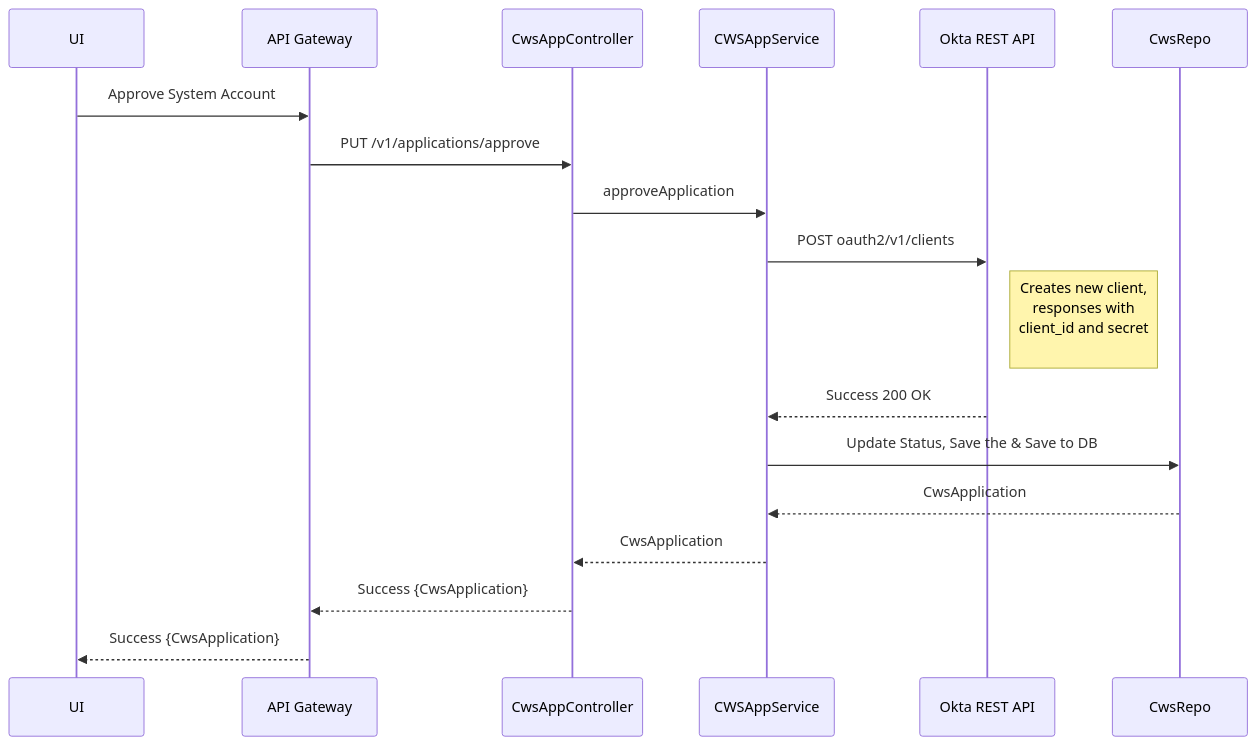
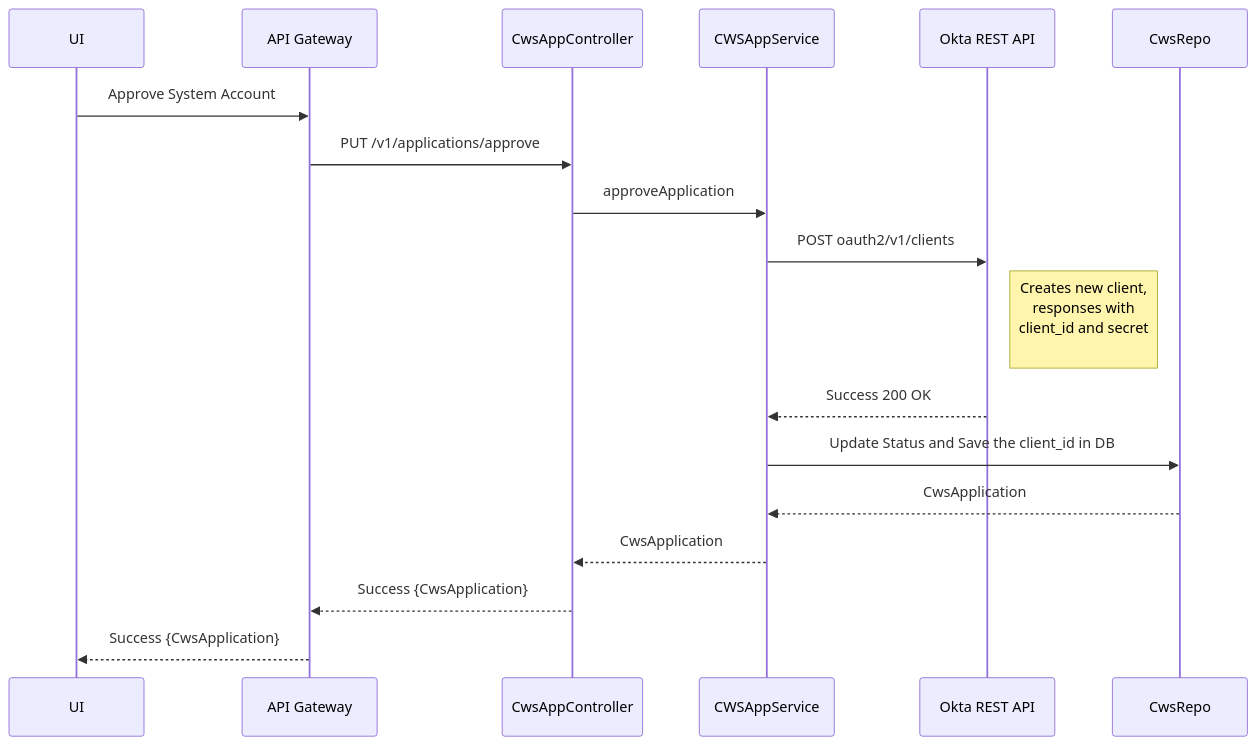
Before and after one commit to venuduggireddy/slakedit: the first of 4 diagrams in README.md, drawn with Mermaid. The commit also changed other lines of this file, not shown here.

````diff
--- a/README.md
+++ b/README.md
@@ -74,14 +74,14 @@
 ```mermaid
 sequenceDiagram
 UI ->> API Gateway: Approve System Account
 API Gateway->>CwsAppController: PUT /v1/applications/approve
 CwsAppController->> CWSAppService: approveApplication
 CWSAppService ->> Okta REST API: POST oauth2/v1/clients
 Note right of Okta REST API: Creates new client,<br/>responses with <br/> client_id and secret<br/> 
 Okta REST API -->> CWSAppService : Success 200 OK
-CWSAppService ->> CwsRepo: Update Status, Save the & Save to DB 
+CWSAppService ->> CwsRepo: Update Status and Save the client_id in DB 
 CwsRepo -->> CWSAppService: CwsApplication
 CWSAppService -->> CwsAppController: CwsApplication
 CwsAppController -->> API Gateway: Success {CwsApplication}
 API Gateway -->> UI: Success {CwsApplication}
 ```
````
